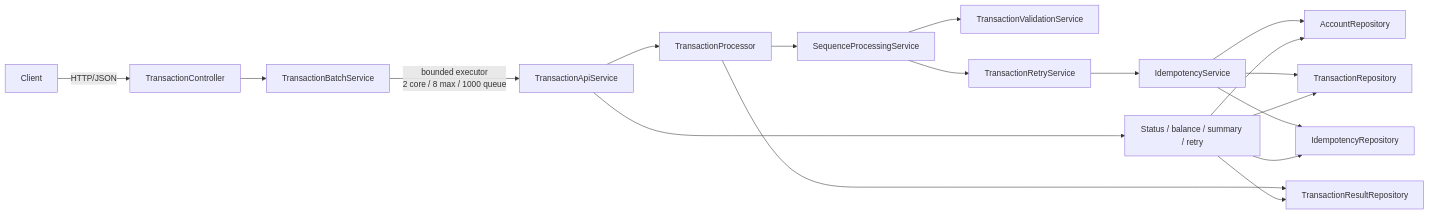
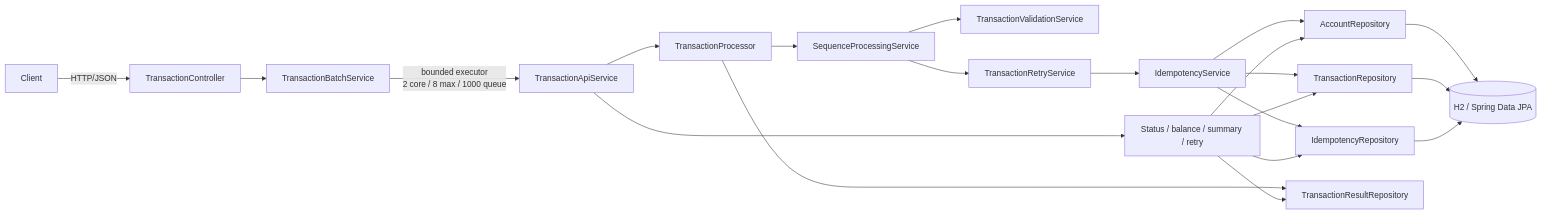
Before and after one commit to SrikanthBachu/idempotency-design: the first of 2 diagrams in DESIGN.md, drawn with Mermaid. The commit also changed other lines of this file and 18 other files, not shown here.

````diff
--- a/DESIGN.md
+++ b/DESIGN.md
@@ -15,20 +17,23 @@
 ```mermaid
 flowchart LR
     Client -->|HTTP/JSON| Controller[TransactionController]
     Controller --> Batch[TransactionBatchService]
     Batch -->|bounded executor<br/>2 core / 8 max / 1000 queue| ApiService[TransactionApiService]
     ApiService --> Processor[TransactionProcessor]
     Processor --> Sequence[SequenceProcessingService]
     Sequence --> Validation[TransactionValidationService]
     Sequence --> Retry[TransactionRetryService]
     Retry --> Idempotency[IdempotencyService]
     Idempotency --> AccountRepo[AccountRepository]
     Idempotency --> TxnRepo[TransactionRepository]
     Idempotency --> IdemRepo[IdempotencyRepository]
+    AccountRepo --> H2[(H2 / Spring Data JPA)]
+    TxnRepo --> H2
+    IdemRepo --> H2
     Processor --> ResultRepo[TransactionResultRepository]
     ApiService --> Query[Status / balance / summary / retry]
     Query --> AccountRepo
     Query --> TxnRepo
     Query --> IdemRepo
     Query --> ResultRepo
 ```
````
